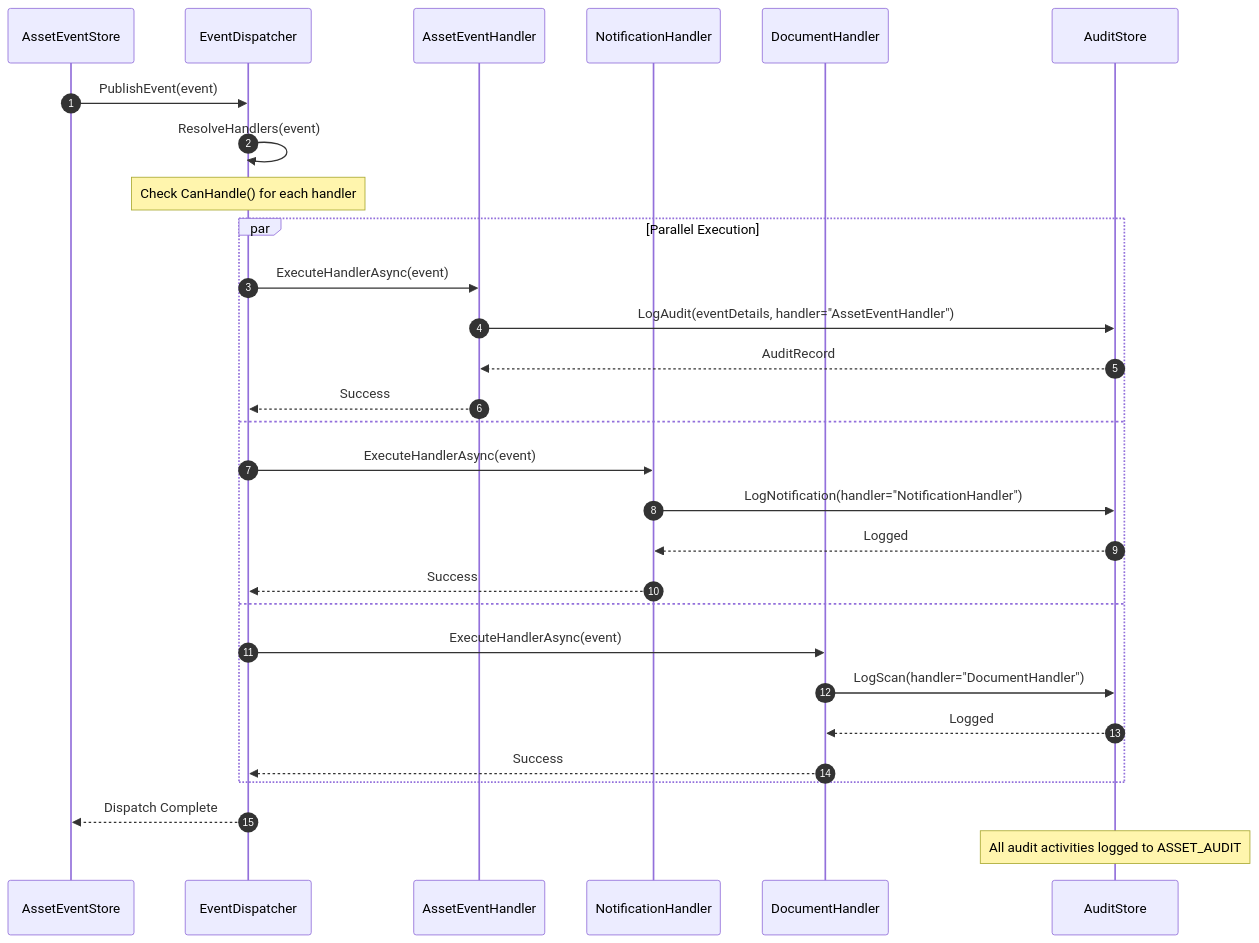
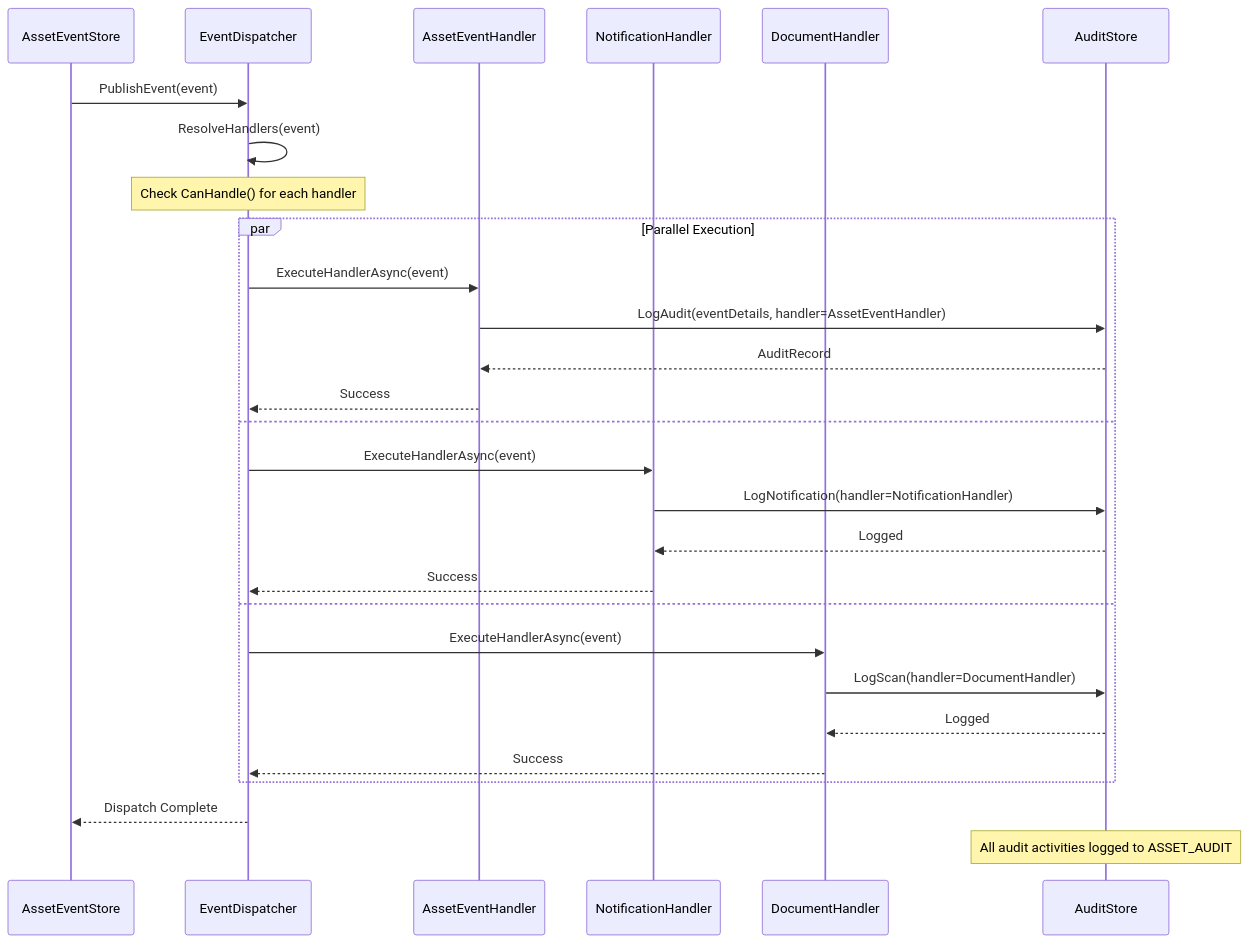
Before and after one commit to arup-ghosh-maersk/cia-lld: the third of 7 diagrams in asset-management/diagrams/02_Sequence_Diagrams.md, drawn with Mermaid. The commit also changed other lines of this file, not shown here.

````diff
--- a/asset-management/diagrams/02_Sequence_Diagrams.md
+++ b/asset-management/diagrams/02_Sequence_Diagrams.md
@@ -100,34 +98,33 @@
 ```mermaid
 sequenceDiagram
-    autonumber
     participant ES as AssetEventStore
     participant ED as EventDispatcher
     participant AEH as AssetEventHandler
     participant NH as NotificationHandler
     participant DH as DocumentHandler
     participant AA as AuditStore
-    
+
     ES->>ED: PublishEvent(event)
     ED->>ED: ResolveHandlers(event)
     Note over ED: Check CanHandle() for each handler
 
     par Parallel Execution
         ED->>AEH: ExecuteHandlerAsync(event)
-        AEH->>AA: LogAudit(eventDetails, handler="AssetEventHandler")
+        AEH->>AA: LogAudit(eventDetails, handler=AssetEventHandler)
         AA-->>AEH: AuditRecord
         AEH-->>ED: Success
     and
         ED->>NH: ExecuteHandlerAsync(event)
-        NH->>AA: LogNotification(handler="NotificationHandler")
+        NH->>AA: LogNotification(handler=NotificationHandler)
         AA-->>NH: Logged
         NH-->>ED: Success
     and
         ED->>DH: ExecuteHandlerAsync(event)
-        DH->>AA: LogScan(handler="DocumentHandler")
+        DH->>AA: LogScan(handler=DocumentHandler)
         AA-->>DH: Logged
         DH-->>ED: Success
     end
 
     ED-->>ES: Dispatch Complete
     Note over AA: All audit activities logged to ASSET_AUDIT
 ```
````
